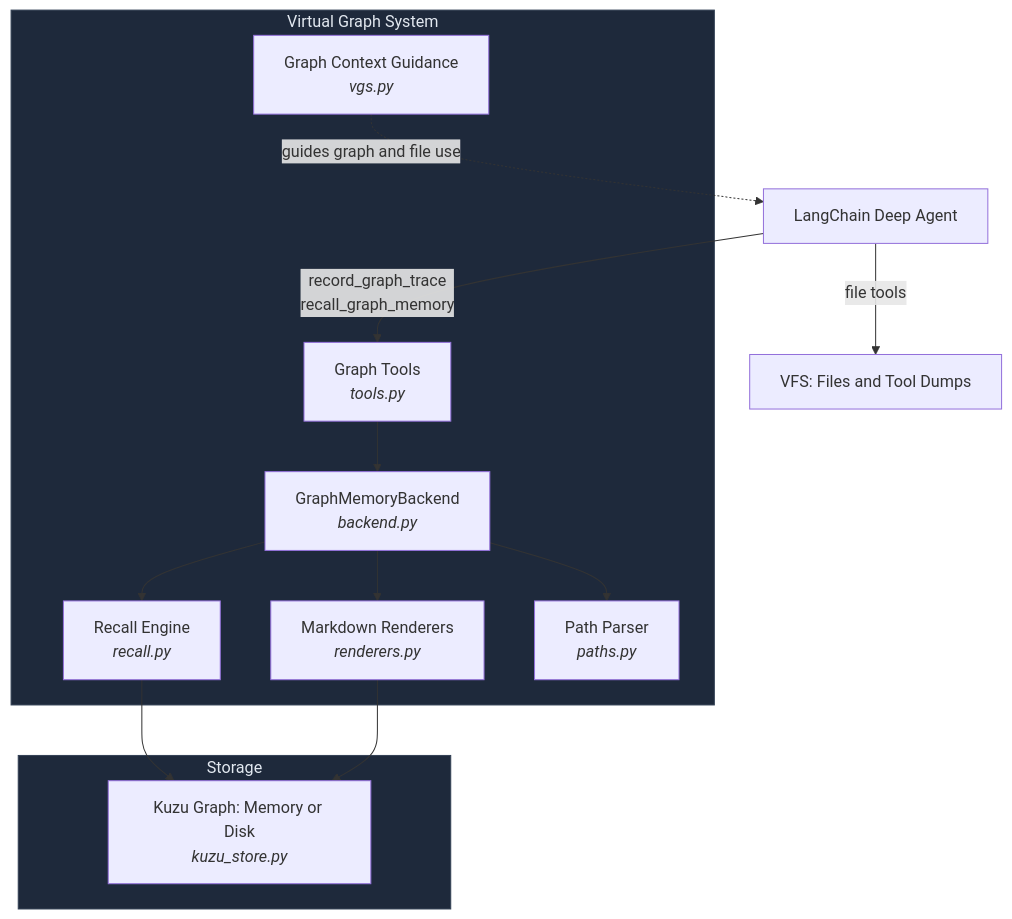
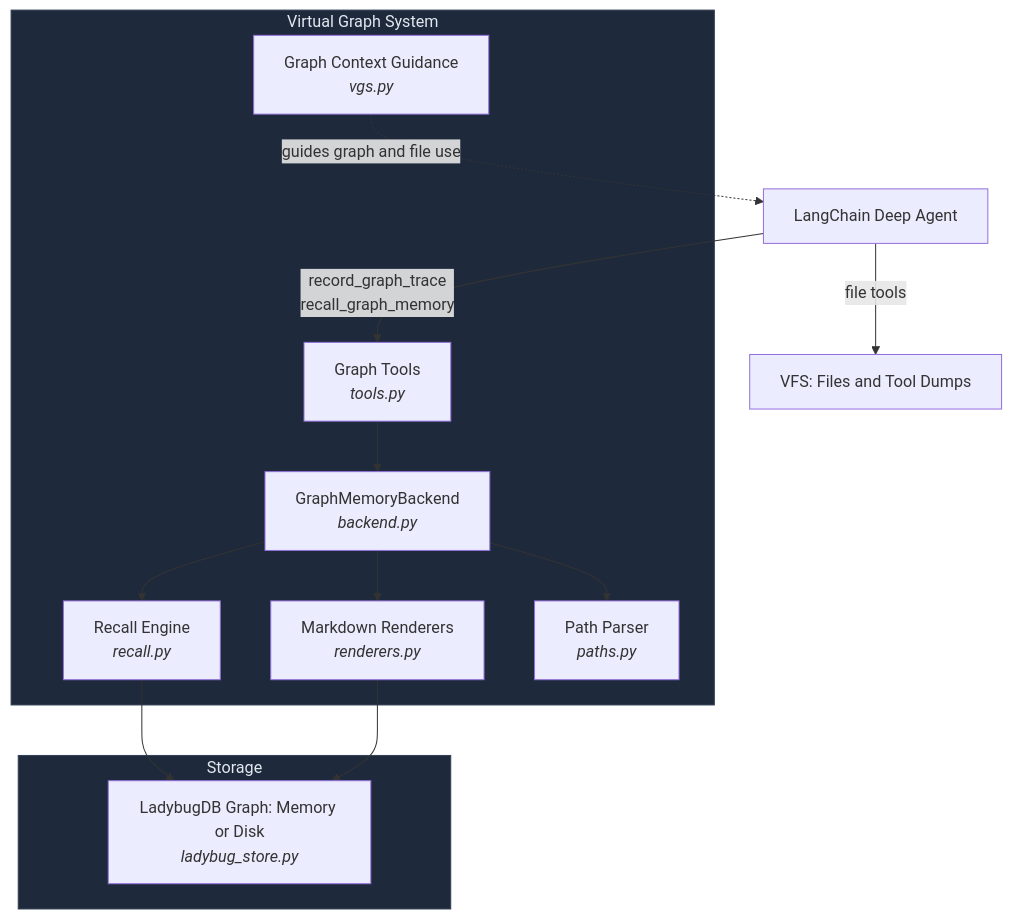
One commit to TahaK29/deepagents-graph-memory changed the first of 4 diagrams in README.md. Above: the diagram before and after it, drawn with Mermaid. The commit also changed other lines of this file and 23 other files, not shown here.

First line of the commit message:
Migrate graph storage from Kuzu to LadybugDB

````diff
--- a/README.md
+++ b/README.md
@@ -516,30 +562,30 @@
 ```mermaid
 graph TB
     Agent["LangChain Deep Agent"]
 
     subgraph VGS ["Virtual Graph System"]
         Tools["Graph Tools<br/><i>tools.py</i>"]
         Backend["GraphMemoryBackend<br/><i>backend.py</i>"]
         Recall["Recall Engine<br/><i>recall.py</i>"]
         Renderers["Markdown Renderers<br/><i>renderers.py</i>"]
         Paths["Path Parser<br/><i>paths.py</i>"]
         VGSProfile["Graph Context Guidance<br/><i>vgs.py</i>"]
     end
 
     subgraph Store ["Storage"]
-        Kuzu["Kuzu Graph: Memory or Disk<br/><i>kuzu_store.py</i>"]
+        LadybugDB["LadybugDB Graph: Memory or Disk<br/><i>ladybug_store.py</i>"]
     end
 
     Agent -->|"record_graph_trace<br/>recall_graph_memory"| Tools
     Agent -->|"file tools"| VFS["VFS: Files and Tool Dumps"]
     Tools --> Backend
     Backend --> Recall
     Backend --> Renderers
     Backend --> Paths
-    Recall --> Kuzu
-    Renderers --> Kuzu
+    Recall --> LadybugDB
+    Renderers --> LadybugDB
     VGSProfile -.->|"guides graph and file use"| Agent
 
     style VGS fill:#1e293b,stroke:#334155,color:#e2e8f0
     style Store fill:#1e293b,stroke:#334155,color:#e2e8f0
 ```
````
